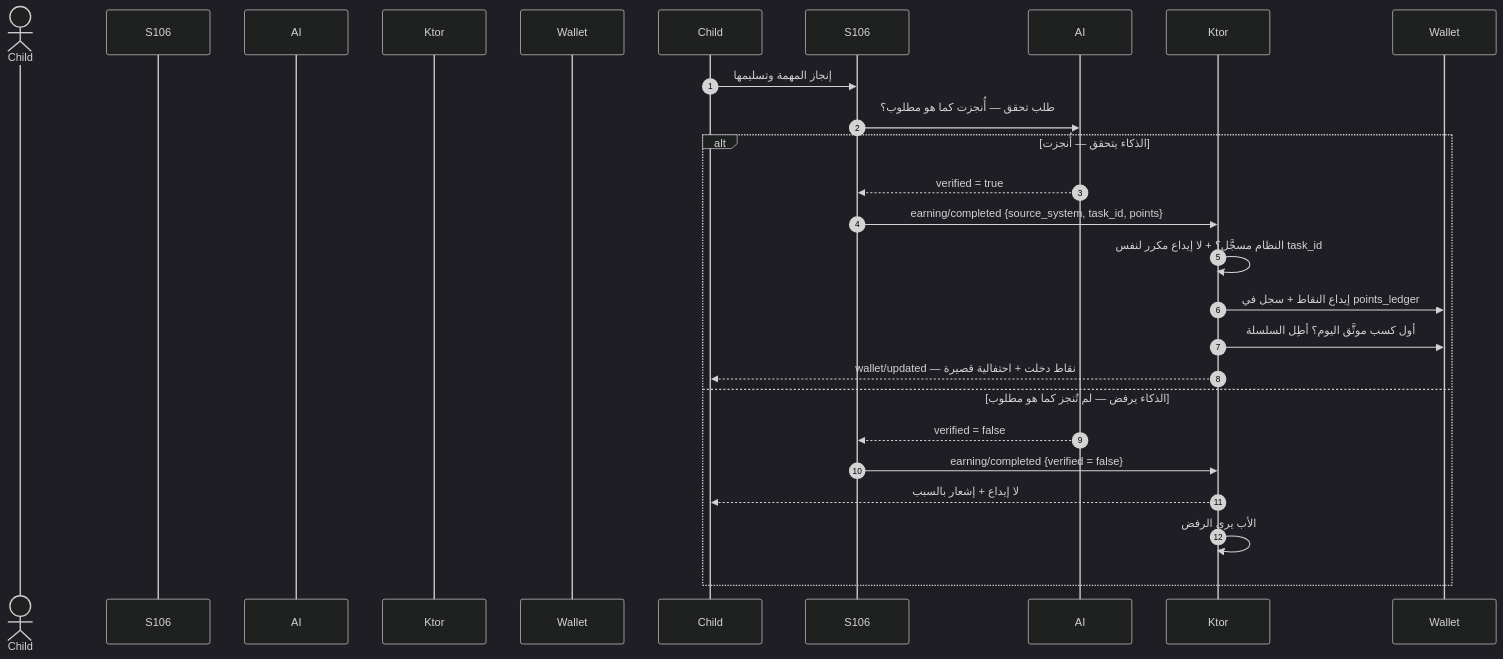
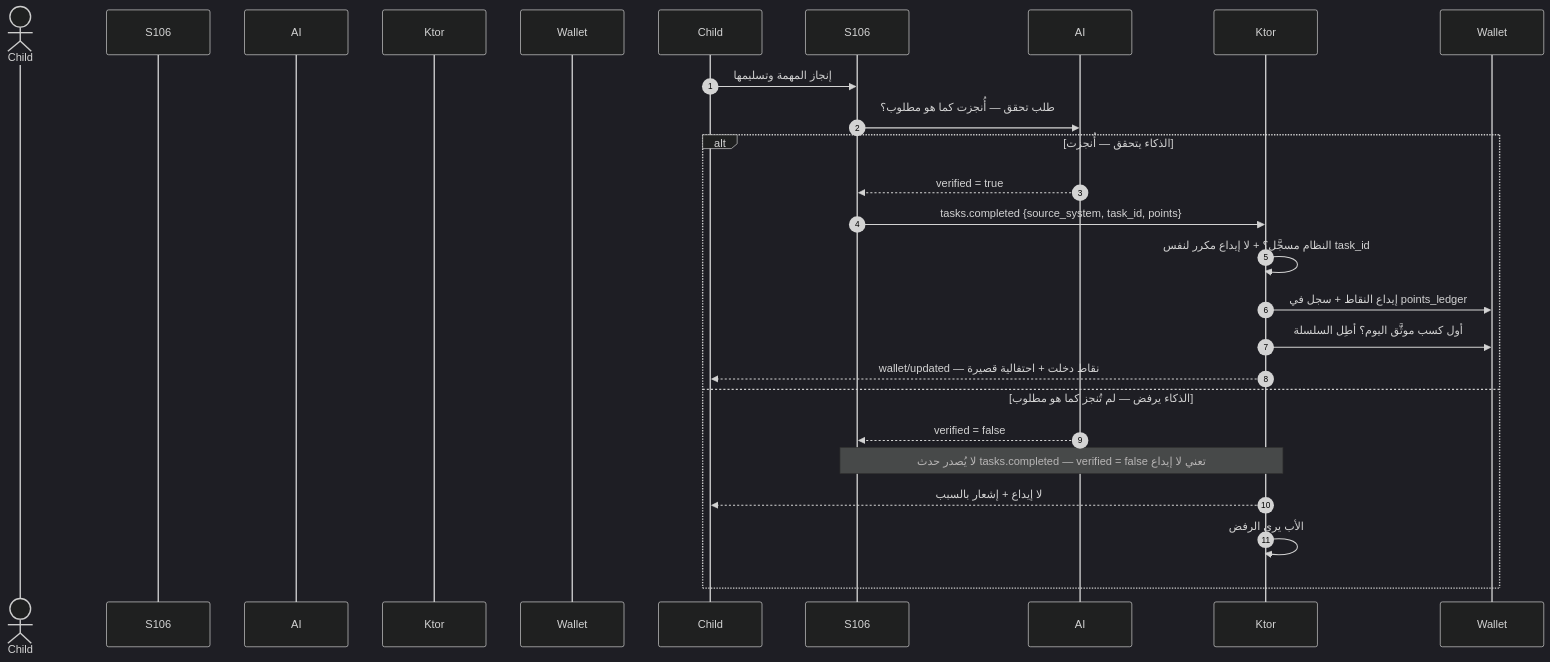
The third of 11 diagrams in docs/family-os/governance/phases/phase-1/S1-05-rewards-children/DIAGRAMS.md (Bassam-mohammed-alqaeadi/family-os-v2), drawn with Mermaid (dark theme) before and after one commit. The commit also changed other lines of this file and 34 other files, not shown here.

````diff
--- a/docs/family-os/governance/phases/phase-1/S1-05-rewards-children/DIAGRAMS.md
+++ b/docs/family-os/governance/phases/phase-1/S1-05-rewards-children/DIAGRAMS.md
@@ -165,24 +167,24 @@
 ```mermaid
 sequenceDiagram
     autonumber
     actor الطفل as Child
     participant المهام as S106
     participant الذكاء as AI
     participant الخادم as Ktor
     participant المحفظة as Wallet
     Child->>S106: إنجاز المهمة وتسليمها
     S106->>AI: طلب تحقق — أُنجزت كما هو مطلوب؟
     alt الذكاء يتحقق — أُنجزت
         AI-->>S106: verified = true
-        S106->>Ktor: earning/completed {source_system, task_id, points}
+        S106->>Ktor: tasks.completed {source_system, task_id, points}
         Ktor->>Ktor: النظام مسجَّل؟ + لا إيداع مكرر لنفس task_id
         Ktor->>Wallet: إيداع النقاط + سجل في points_ledger
         Ktor->>Wallet: أول كسب موثَّق اليوم؟ أطِل السلسلة
         Ktor-->>Child: wallet/updated — نقاط دخلت + احتفالية قصيرة
     else الذكاء يرفض — لم تُنجز كما هو مطلوب
         AI-->>S106: verified = false
-        S106->>Ktor: earning/completed {verified = false}
+        Note over S106,Ktor: لا يُصدر حدث tasks.completed — verified = false تعني لا إيداع
         Ktor-->>Child: لا إيداع + إشعار بالسبب
         Ktor->>Ktor: الأب يرى الرفض
     end
 ```
````
